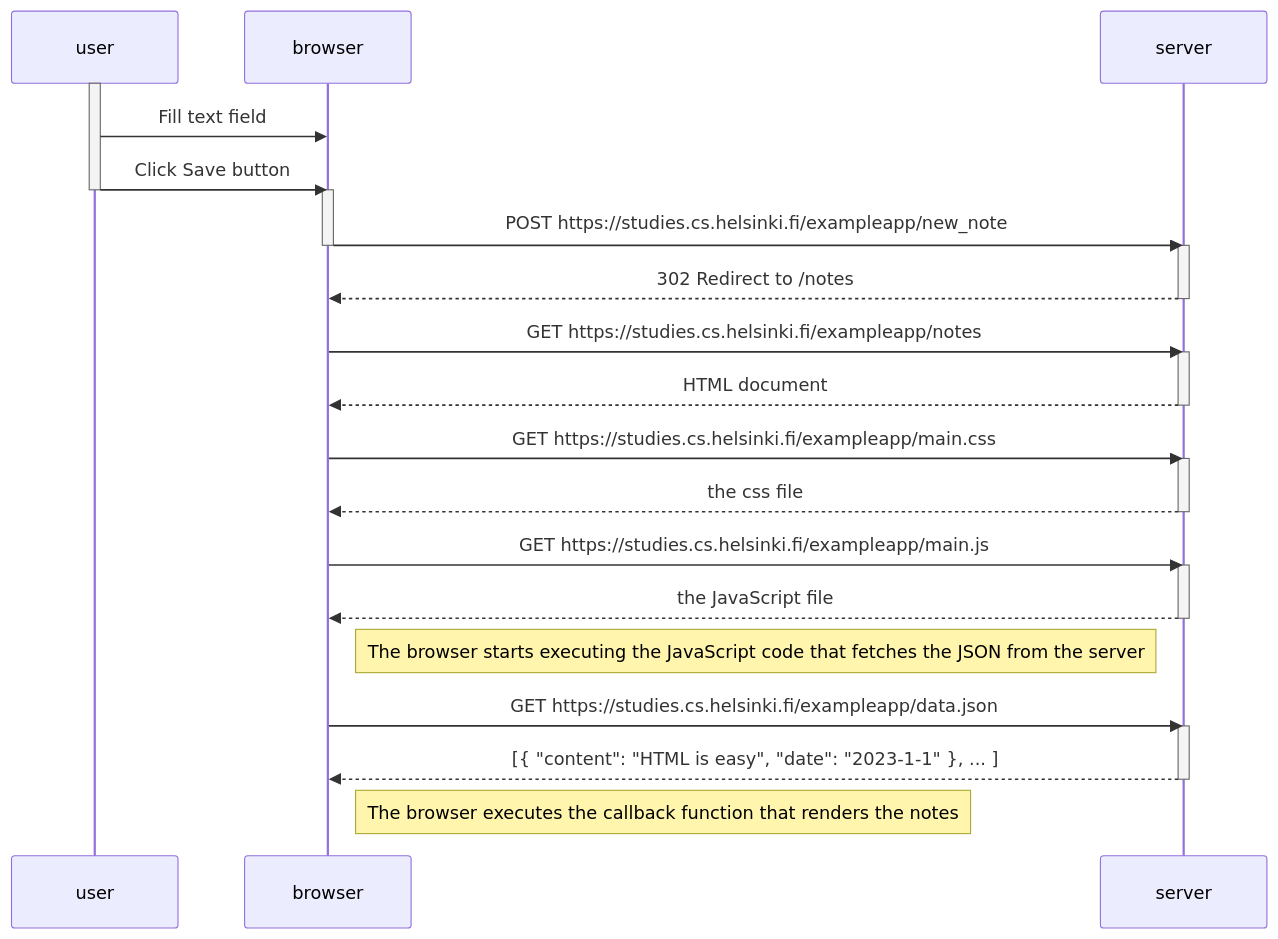
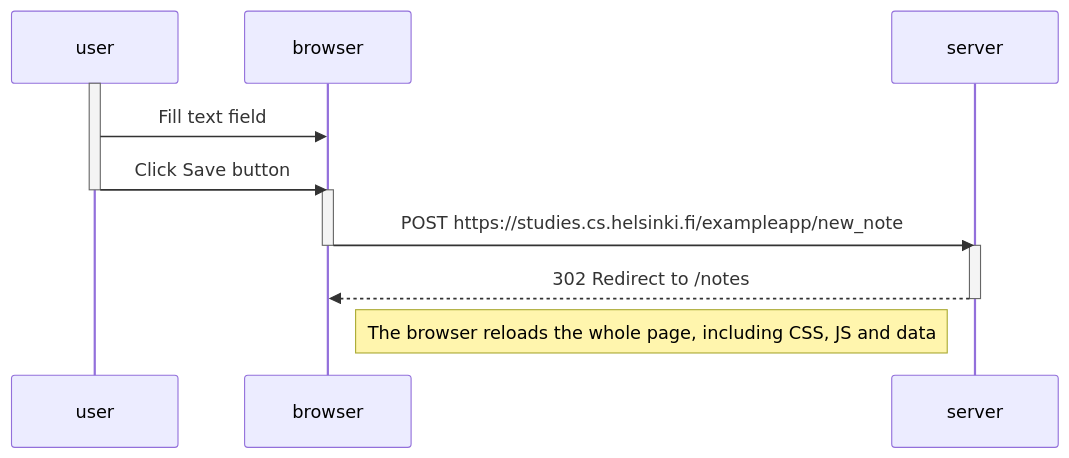
Before and after one commit to pablobenitomar/fullstackopen: the diagram in part0/exercise_0.4.md, drawn with Mermaid.

````diff
--- a/part0/exercise_0.4.md
+++ b/part0/exercise_0.4.md
@@ -13,43 +13,21 @@
 ```mermaid
 sequenceDiagram
     participant user
     participant browser
     participant server
 
     activate user
     user->>browser: Fill text field
     user->>browser: Click Save button
     deactivate user
 
     activate browser
     browser->>server: POST https://studies.cs.helsinki.fi/exampleapp/new_note 
     deactivate browser
 
     activate server
     server-->>browser: 302 Redirect to /notes
     deactivate server
 
-    browser->>server: GET https://studies.cs.helsinki.fi/exampleapp/notes
-    activate server
-    server-->>browser: HTML document
-    deactivate server
-
-    browser->>server: GET https://studies.cs.helsinki.fi/exampleapp/main.css
-    activate server
-    server-->>browser: the css file
-    deactivate server
-
-    browser->>server: GET https://studies.cs.helsinki.fi/exampleapp/main.js
-    activate server
-    server-->>browser: the JavaScript file
-    deactivate server
-
-    Note right of browser: The browser starts executing the JavaScript code that fetches the JSON from the server
-
-    browser->>server: GET https://studies.cs.helsinki.fi/exampleapp/data.json
-    activate server
-    server-->>browser: [{ "content": "HTML is easy", "date": "2023-1-1" }, ... ]
-    deactivate server
-
-    Note right of browser: The browser executes the callback function that renders the notes
+    Note right of browser: The browser reloads the whole page, including CSS, JS and data
 ```
````
